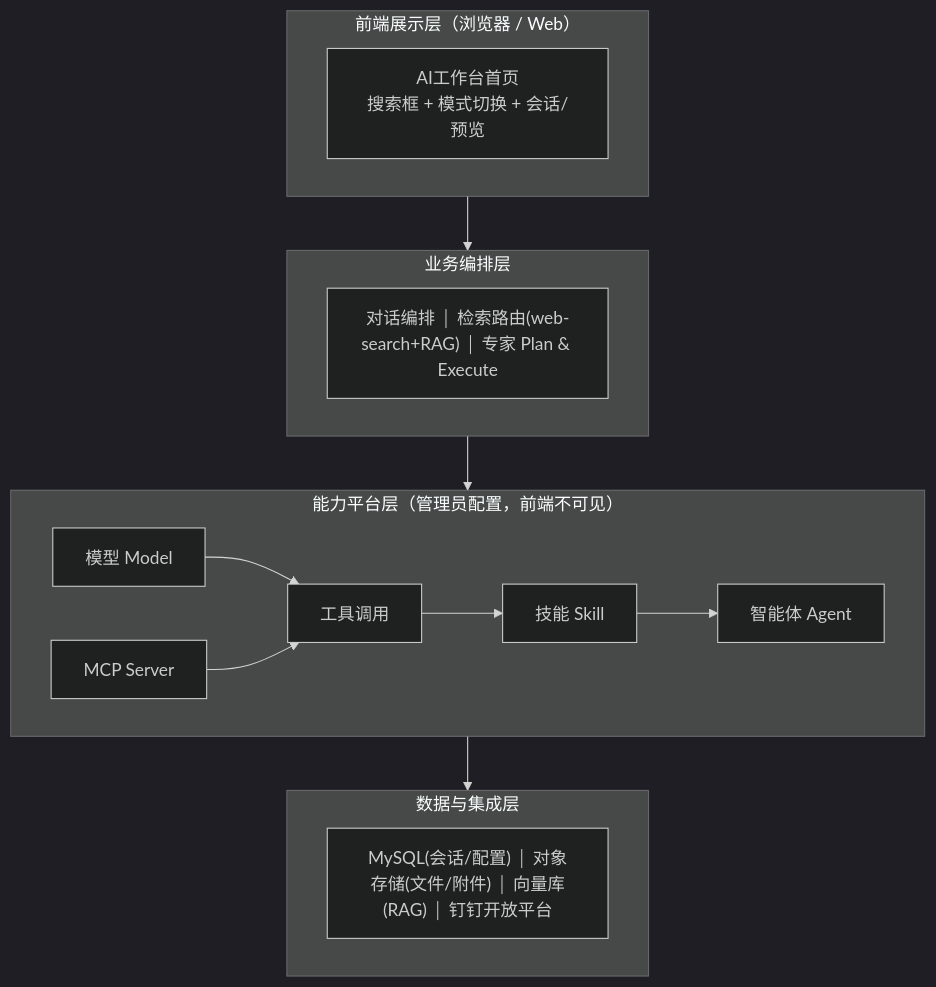
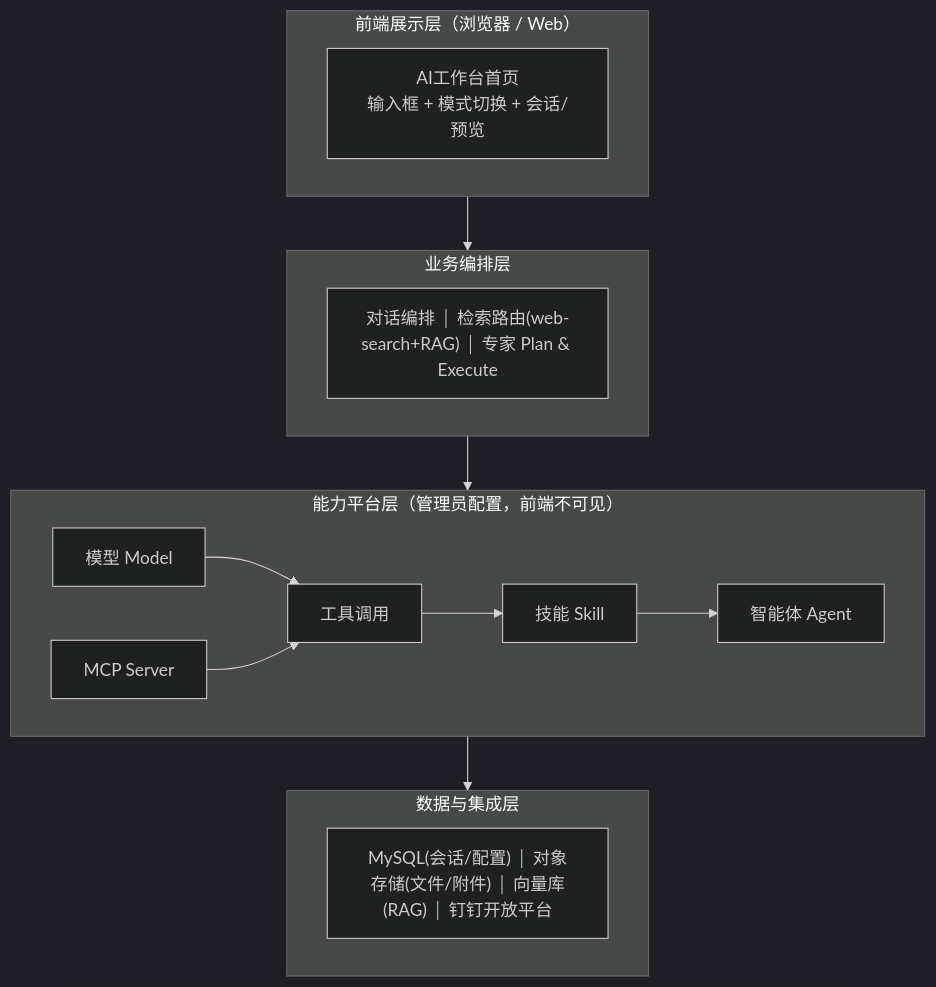
One commit to fri555/PORTL changed the first of 12 diagrams in docs/需求文档/20260709-【PRD】AI工作台-首页智能体-天马智擎.md. Above: the diagram before and after it, drawn with Mermaid (dark theme). The commit also changed other lines of this file, not shown here.

Commit message:
[docs/PRD] 搜索框→输入框（主输入区），侧栏搜索保持搜索框；最终一致性修

````diff
--- a/docs/需求文档/20260709-【PRD】AI工作台-首页智能体-天马智擎.md
+++ b/docs/需求文档/20260709-【PRD】AI工作台-首页智能体-天马智擎.md
@@ -240,23 +240,23 @@
 ```mermaid
 graph TB
     subgraph L1["前端展示层（浏览器 / Web）"]
-        A["AI工作台首页<br/>搜索框 + 模式切换 + 会话/预览"]
+        A["AI工作台首页<br/>输入框 + 模式切换 + 会话/预览"]
     end
 
     subgraph L2["业务编排层"]
         B["对话编排 │ 检索路由(web-search+RAG) │ 专家 Plan & Execute"]
     end
 
     subgraph L3["能力平台层（管理员配置，前端不可见）"]
         M["模型 Model"] --> FC["工具调用"]
         MCP["MCP Server"] --> FC
         FC --> S["技能 Skill"]
         S --> AG["智能体 Agent"]
     end
 
     subgraph L4["数据与集成层"]
         D["MySQL(会话/配置) │ 对象存储(文件/附件) │ 向量库(RAG) │ 钉钉开放平台"]
     end
 
     L1 --> L2 --> L3 --> L4
 ```
````
